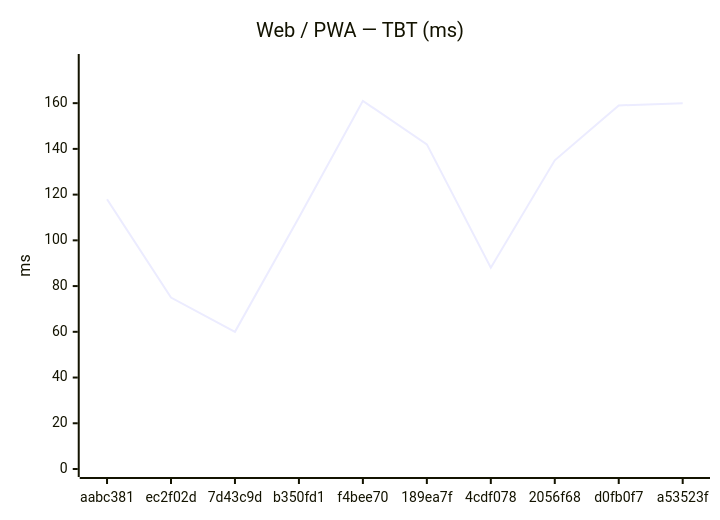
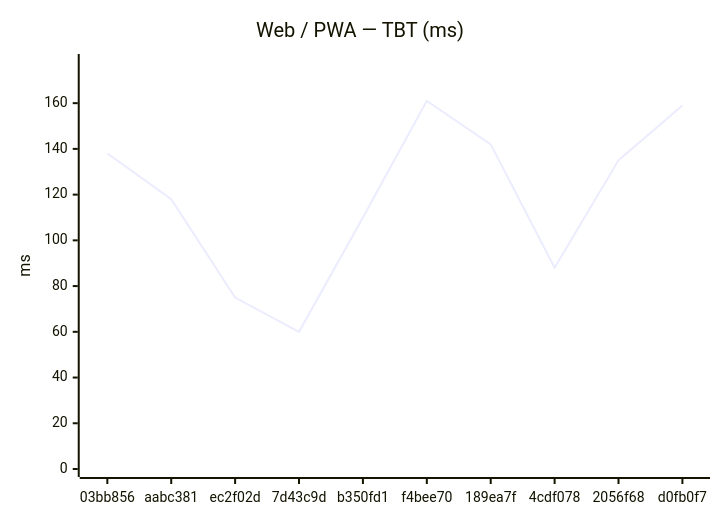
The second of 18 diagrams in benchmarks/compare.md (Metaheurist/Rianell), drawn with Mermaid before and after one commit. The commit also changed other lines of this file and 11 other files, not shown here.

````diff
--- a/benchmarks/compare.md
+++ b/benchmarks/compare.md
@@ -31,7 +31,7 @@
 ```mermaid
 xychart-beta
     title "Web / PWA — TBT (ms)"
-    x-axis ["aabc381", "ec2f02d", "7d43c9d", "b350fd1", "f4bee70", "189ea7f", "4cdf078", "2056f68", "d0fb0f7", "a53523f"]
+    x-axis ["03bb856", "aabc381", "ec2f02d", "7d43c9d", "b350fd1", "f4bee70", "189ea7f", "4cdf078", "2056f68", "d0fb0f7"]
     y-axis "ms" 0 --> 178
-    line [118, 75, 60, 110, 161, 142, 88, 135, 159, 160]
+    line [138, 118, 75, 60, 110, 161, 142, 88, 135, 159]
 ```
````
